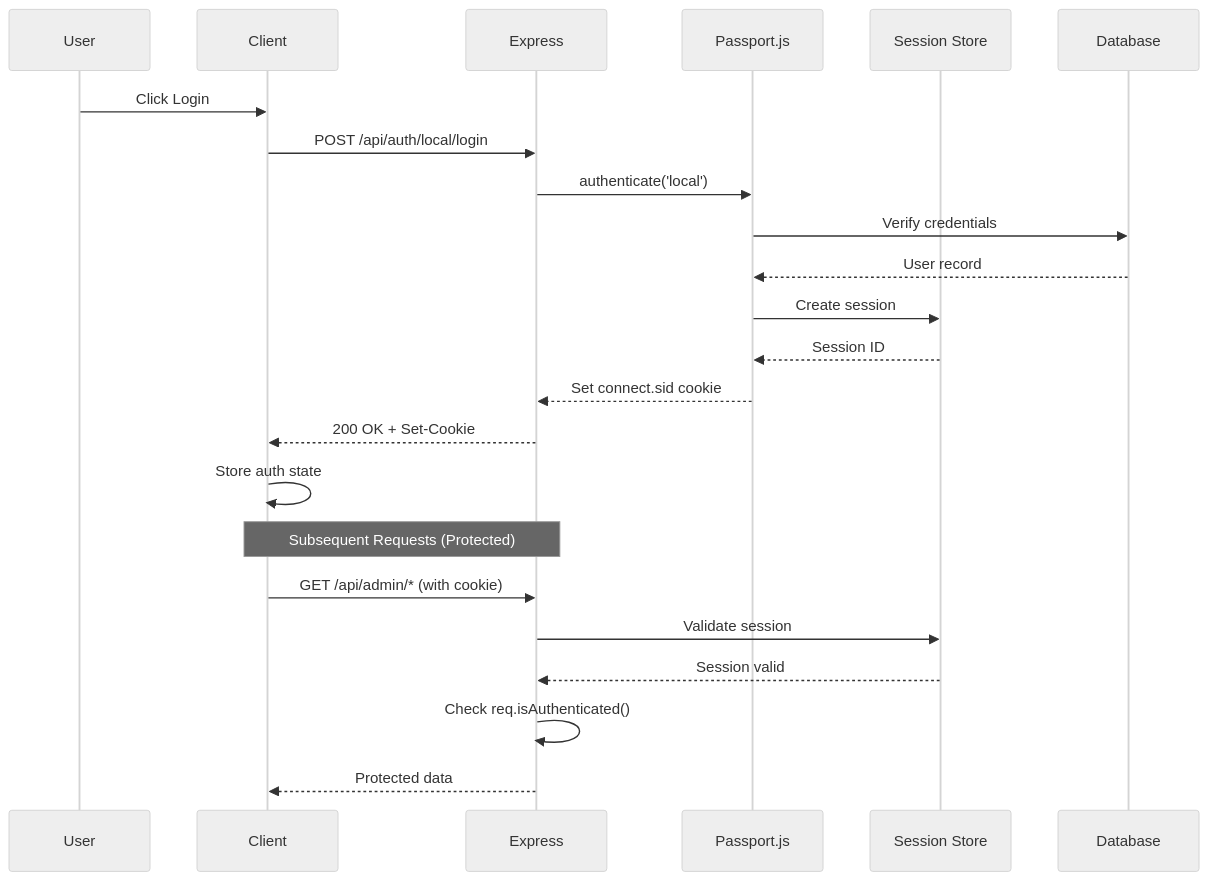
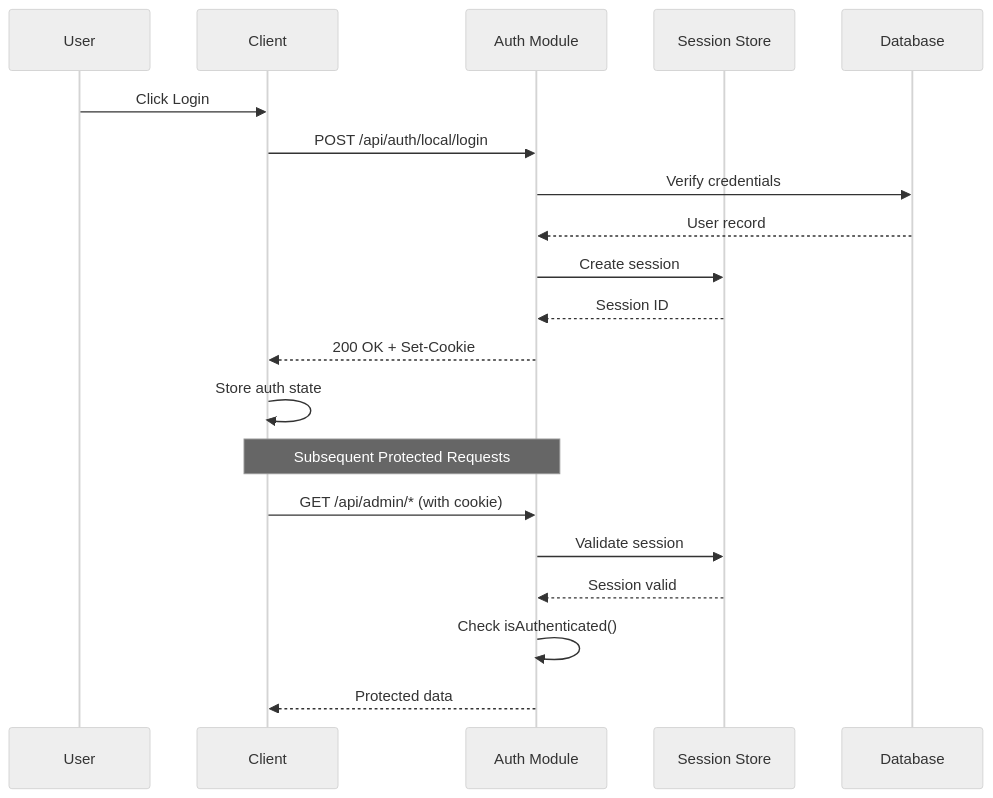
One commit to krzemienski/awesome-list-site changed the second of 2 diagrams in docs/ARCHITECTURE.md. Above: the diagram before and after it, drawn with Mermaid (neutral theme). The commit also changed other lines of this file and 127 other files, not shown here.

````diff
--- a/docs/ARCHITECTURE.md
+++ b/docs/ARCHITECTURE.md
@@ -181,27 +572,24 @@
 ```mermaid
 sequenceDiagram
     participant U as User
     participant C as Client
-    participant E as Express
-    participant P as Passport.js
+    participant A as Auth Module
     participant S as Session Store
     participant DB as Database
 
     U->>C: Click Login
-    C->>E: POST /api/auth/local/login
-    E->>P: authenticate('local')
-    P->>DB: Verify credentials
-    DB-->>P: User record
-    P->>S: Create session
-    S-->>P: Session ID
-    P-->>E: Set connect.sid cookie
-    E-->>C: 200 OK + Set-Cookie
+    C->>A: POST /api/auth/local/login
+    A->>DB: Verify credentials
+    DB-->>A: User record
+    A->>S: Create session
+    S-->>A: Session ID
+    A-->>C: 200 OK + Set-Cookie
     C->>C: Store auth state
 
-    Note over C,E: Subsequent Requests (Protected)
-    C->>E: GET /api/admin/* (with cookie)
-    E->>S: Validate session
-    S-->>E: Session valid
-    E->>E: Check req.isAuthenticated()
-    E-->>C: Protected data
+    Note over C,A: Subsequent Protected Requests
+    C->>A: GET /api/admin/* (with cookie)
+    A->>S: Validate session
+    S-->>A: Session valid
+    A->>A: Check isAuthenticated()
+    A-->>C: Protected data
 ```
````
